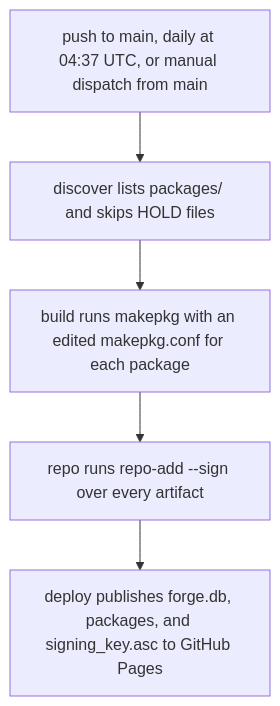
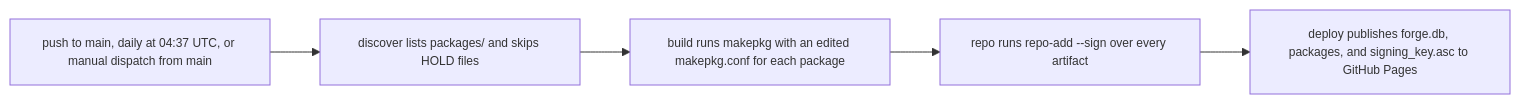
One commit to renownitall/forge changed the diagram in README.md. Above: the diagram before and after it, drawn with Mermaid. The commit also changed other lines of this file, not shown here.

First line of the commit message:
docs(readme): make the pipeline diagram smaller and horizontal

````diff
--- a/README.md
+++ b/README.md
@@ -9,7 +60,8 @@
 ```mermaid
-flowchart TD
+%%{init: {"themeVariables": {"fontSize": "12px"}}}%%
+flowchart LR
     trigger["push to main, daily at 04:37 UTC, or manual dispatch from main"] --> discover["discover lists packages/ and skips HOLD files"]
     discover --> build["build runs makepkg with an edited makepkg.conf for each package"]
     build --> repo["repo runs repo-add --sign over every artifact"]
     repo --> deploy["deploy publishes forge.db, packages, and signing_key.asc to GitHub Pages"]
 ```
````
